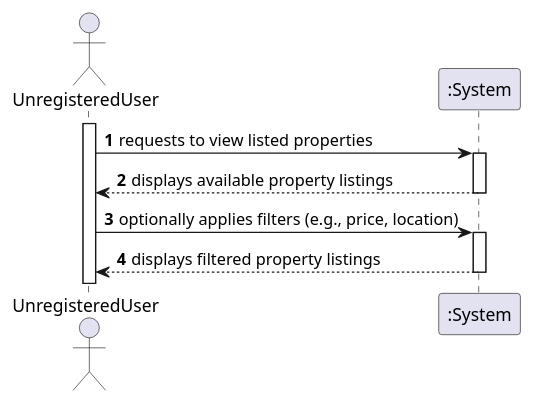
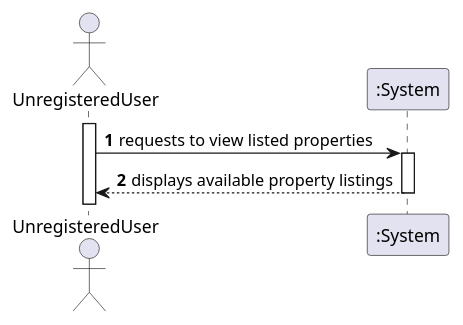
One commit to goncalomaia18/leti-esoft-24-25-A2 changed the diagram in docs/Sprint3/US20/US20-SSD.puml. Above: the diagram before and after it, drawn with PlantUML. The commit also changed 5 other files, not shown here.

```diff
--- a/docs/Sprint3/US20/US20-SSD.puml
+++ b/docs/Sprint3/US20/US20-SSD.puml
@@ -1,15 +1,14 @@
 @startuml
 autoactivate on
 autonumber
 
 actor "UnregisteredUser" as UnregisteredUser
 participant ":System" as System
 
 activate UnregisteredUser
 
 UnregisteredUser -> System: requests to view listed properties
 System --> UnregisteredUser: displays available property listings
 
-UnregisteredUser -> System: optionally applies filters (e.g., price, location)
-System --> UnregisteredUser: displays filtered property listings
+
 @enduml
```
